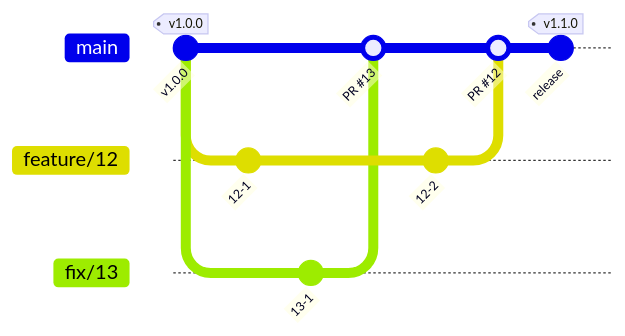
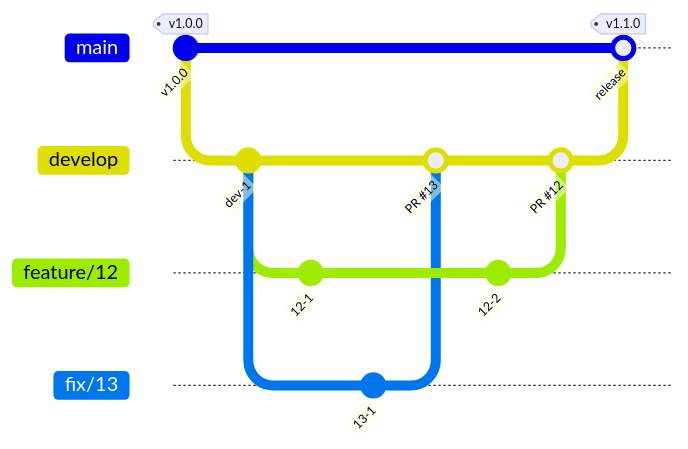
One commit to Fukuemon/agent-harness changed the diagram in packages/core/skills/setup-agent-harness/assets/CONTRIBUTING.md. Above: the diagram before and after it, drawn with Mermaid. The commit also changed other lines of this file and 3 other files, not shown here.

First line of the commit message:
feat(core): テンプレートの既定のブランチ運用を main と develop にする #7

````diff
--- a/packages/core/skills/setup-agent-harness/assets/CONTRIBUTING.md
+++ b/packages/core/skills/setup-agent-harness/assets/CONTRIBUTING.md
@@ -29,18 +29,22 @@
 ```mermaid
 gitGraph
     commit id: "v1.0.0" tag: "v1.0.0"
+    branch develop
+    checkout develop
+    commit id: "dev-1"
     branch "feature/12"
     checkout "feature/12"
     commit id: "12-1"
-    checkout main
+    checkout develop
     branch "fix/13"
     checkout "fix/13"
     commit id: "13-1"
-    checkout main
+    checkout develop
     merge "fix/13" id: "PR #13"
     checkout "feature/12"
     commit id: "12-2"
+    checkout develop
+    merge "feature/12" id: "PR #12"
     checkout main
-    merge "feature/12" id: "PR #12"
-    commit id: "release" tag: "v1.1.0"
+    merge develop id: "release" tag: "v1.1.0"
 ```
````
